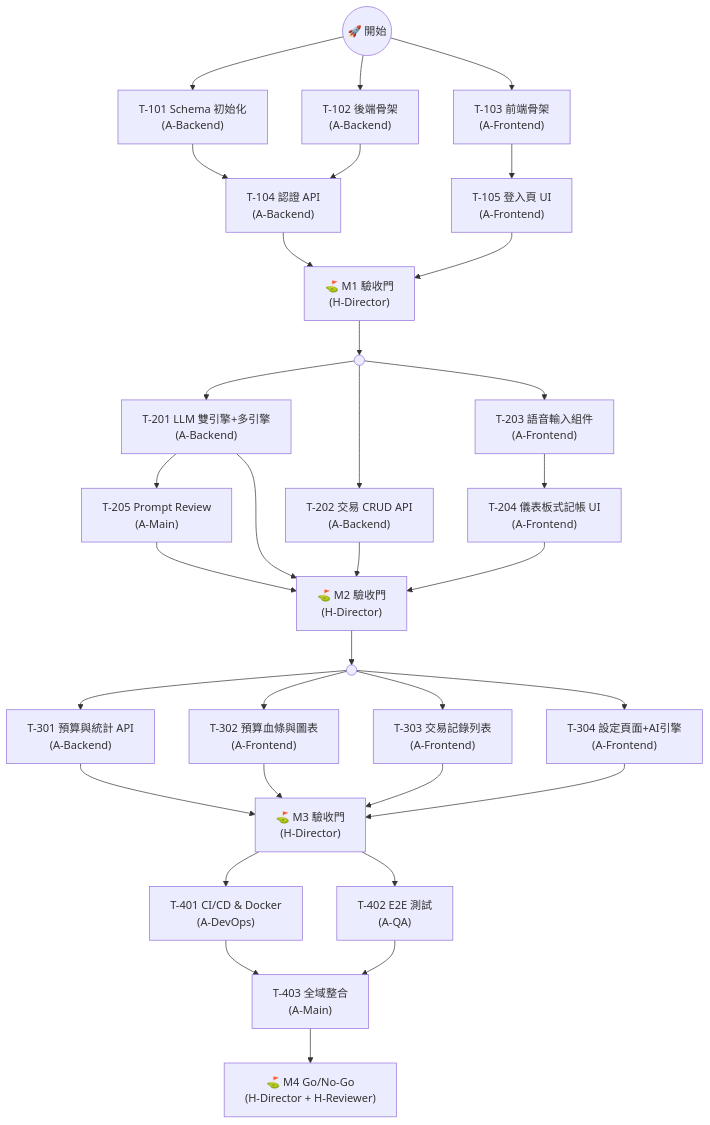
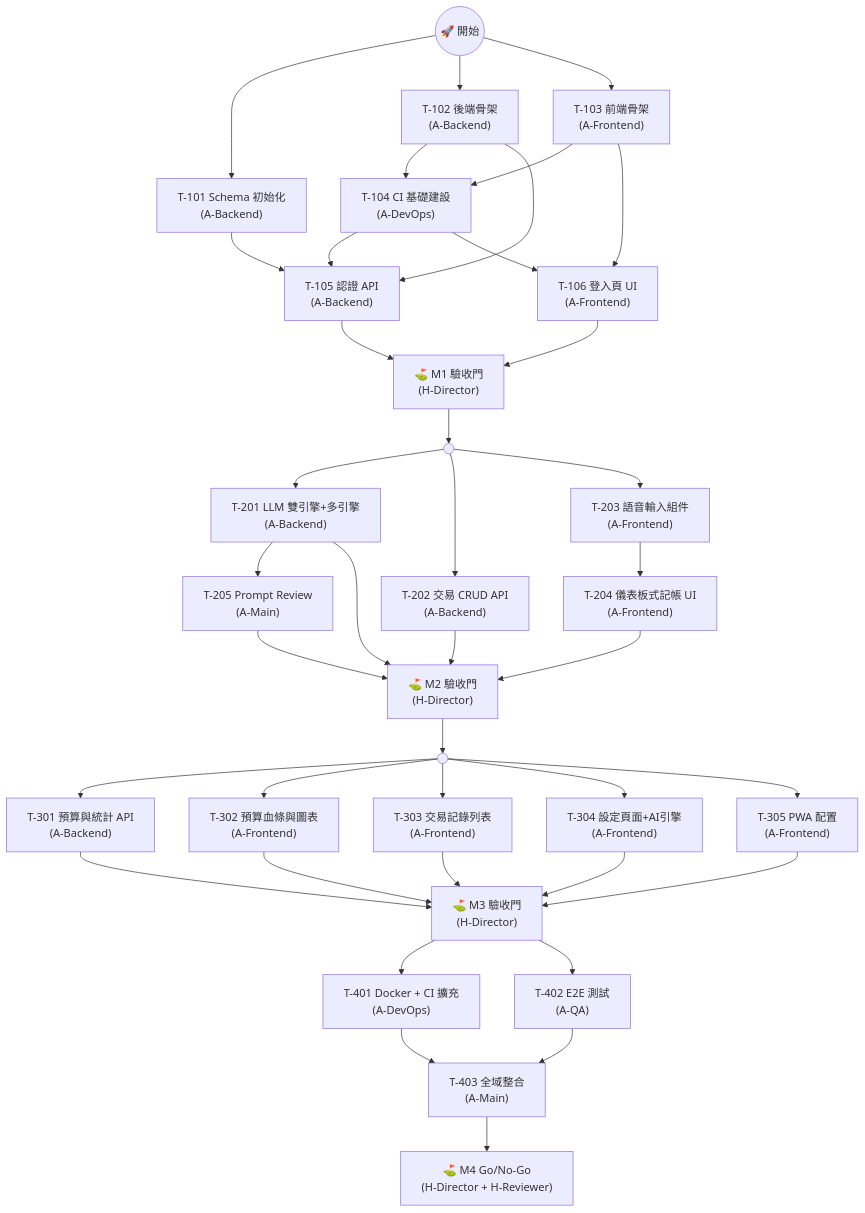
One commit to robin-li/vibe-money-book changed the third of 4 diagrams in docs/02-Dev_Plan.md. Above: the diagram before and after it, drawn with Mermaid. The commit also changed other lines of this file and 6 other files, not shown here.

````diff
--- a/docs/02-Dev_Plan.md
+++ b/docs/02-Dev_Plan.md
@@ -363,43 +583,46 @@
 ```mermaid
 flowchart TB
     START(("🚀 開始")) --> T101 & T102 & T103
 
     T101["T-101 Schema 初始化<br/>(A-Backend)"]
     T102["T-102 後端骨架<br/>(A-Backend)"]
     T103["T-103 前端骨架<br/>(A-Frontend)"]
 
-    T101 & T102 --> T104["T-104 認證 API<br/>(A-Backend)"]
-    T103 --> T105["T-105 登入頁 UI<br/>(A-Frontend)"]
+    T102 & T103 --> T104["T-104 CI 基礎建設<br/>(A-DevOps)"]
 
-    T104 & T105 --> M1G["⛳ M1 驗收門<br/>(H-Director)"]
+    T101 & T102 & T104 --> T105["T-105 認證 API<br/>(A-Backend)"]
+    T103 & T104 --> T106["T-106 登入頁 UI<br/>(A-Frontend)"]
+
+    T105 & T106 --> M1G["⛳ M1 驗收門<br/>(H-Director)"]
 
     M1G --> G2_FORK((" "))
     G2_FORK --> T201 & T202 & T203
 
     T201["T-201 LLM 雙引擎+多引擎<br/>(A-Backend)"]
     T202["T-202 交易 CRUD API<br/>(A-Backend)"]
     T203["T-203 語音輸入組件<br/>(A-Frontend)"]
 
     T201 --> T205["T-205 Prompt Review<br/>(A-Main)"]
     T203 --> T204["T-204 儀表板式記帳 UI<br/>(A-Frontend)"]
 
     T201 & T202 & T204 & T205 --> M2G["⛳ M2 驗收門<br/>(H-Director)"]
 
     M2G --> G3_FORK((" "))
-    G3_FORK --> T301 & T302 & T303 & T304
+    G3_FORK --> T301 & T302 & T303 & T304 & T305
 
     T301["T-301 預算與統計 API<br/>(A-Backend)"]
     T302["T-302 預算血條與圖表<br/>(A-Frontend)"]
     T303["T-303 交易記錄列表<br/>(A-Frontend)"]
     T304["T-304 設定頁面+AI引擎<br/>(A-Frontend)"]
+    T305["T-305 PWA 配置<br/>(A-Frontend)"]
 
-    T301 & T302 & T303 & T304 --> M3G["⛳ M3 驗收門<br/>(H-Director)"]
+    T301 & T302 & T303 & T304 & T305 --> M3G["⛳ M3 驗收門<br/>(H-Director)"]
 
     M3G --> T401 & T402
 
-    T401["T-401 CI/CD & Docker<br/>(A-DevOps)"]
+    T401["T-401 Docker + CI 擴充<br/>(A-DevOps)"]
     T402["T-402 E2E 測試<br/>(A-QA)"]
 
     T401 & T402 --> T403["T-403 全域整合<br/>(A-Main)"]
     T403 --> M4G["⛳ M4 Go/No-Go<br/>(H-Director + H-Reviewer)"]
 ```
````
